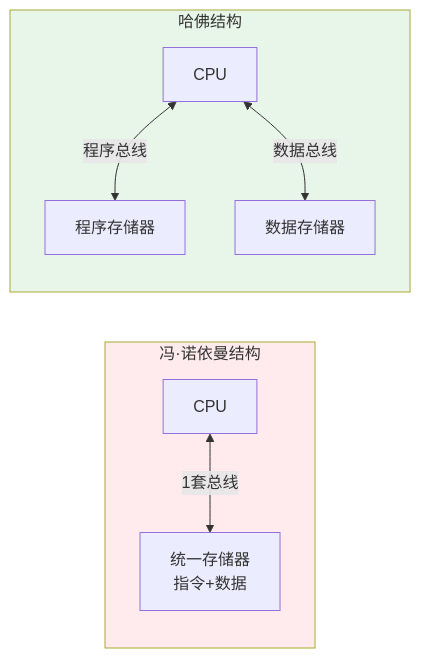
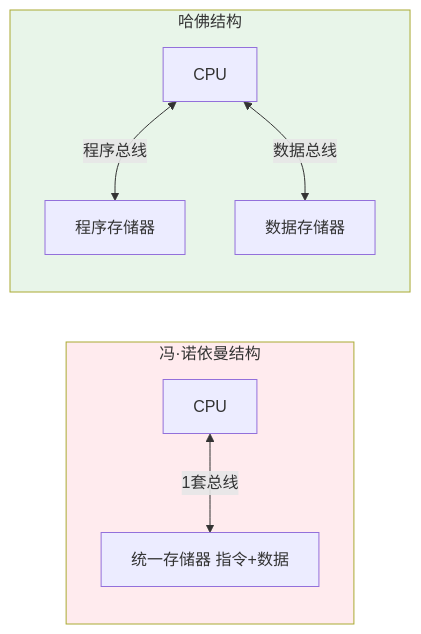
One commit to gilismael826-lgtm/course changed the third of 4 diagrams in 计算机组成原理/notes/章节笔记/第1章-计算机系统概述/第1章-计算机系统概述.md. Above: the diagram before and after it, drawn with Mermaid. The commit also changed other lines of this file and 28 other files, not shown here.

````diff
--- a/计算机组成原理/notes/章节笔记/第1章-计算机系统概述/第1章-计算机系统概述.md
+++ b/计算机组成原理/notes/章节笔记/第1章-计算机系统概述/第1章-计算机系统概述.md
@@ -174,19 +174,19 @@
 ```mermaid
 flowchart LR
     subgraph 冯诺依曼结构["冯·诺依曼结构"]
         CPU1[CPU]
-        MEM1[统一存储器<br/>指令+数据]
+        MEM1[统一存储器 指令+数据]
         CPU1 <-- 1套总线 --> MEM1
     end
     
     subgraph 哈佛结构["哈佛结构"]
         CPU2[CPU]
         PM[程序存储器]
         DM[数据存储器]
         CPU2 <-- 程序总线 --> PM
         CPU2 <-- 数据总线 --> DM
     end
     
     style 冯诺依曼结构 fill:#ffebee
     style 哈佛结构 fill:#e8f5e9
 ```
````
